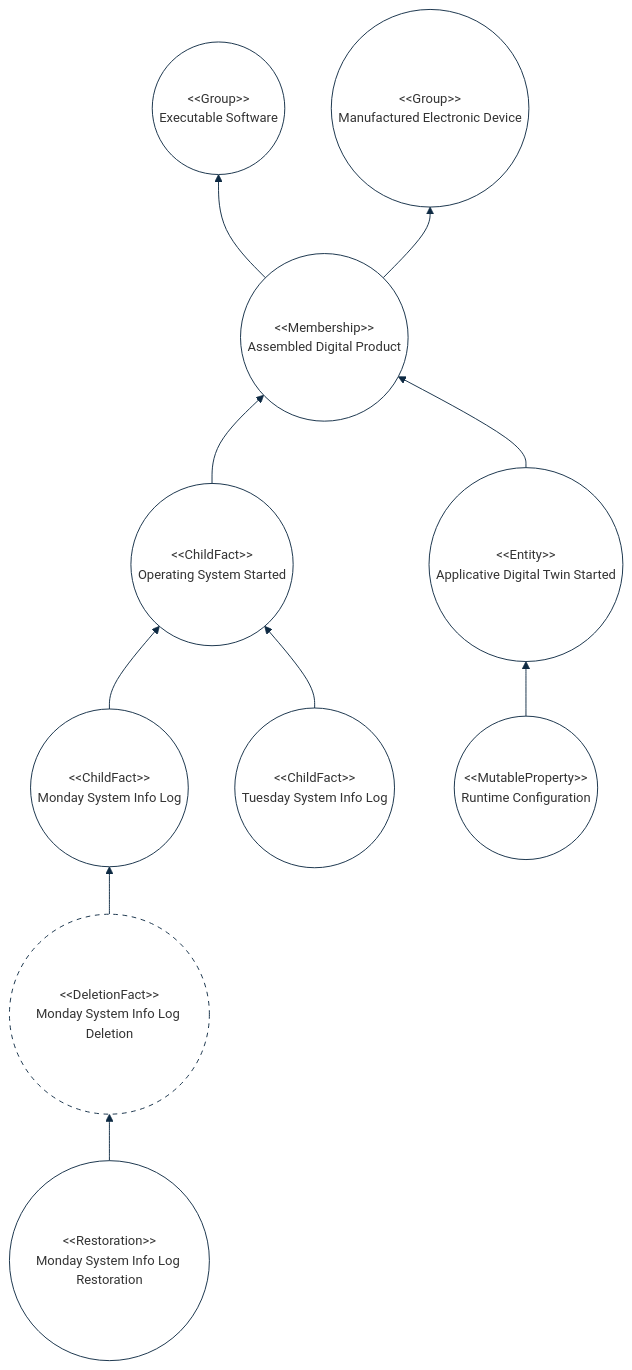
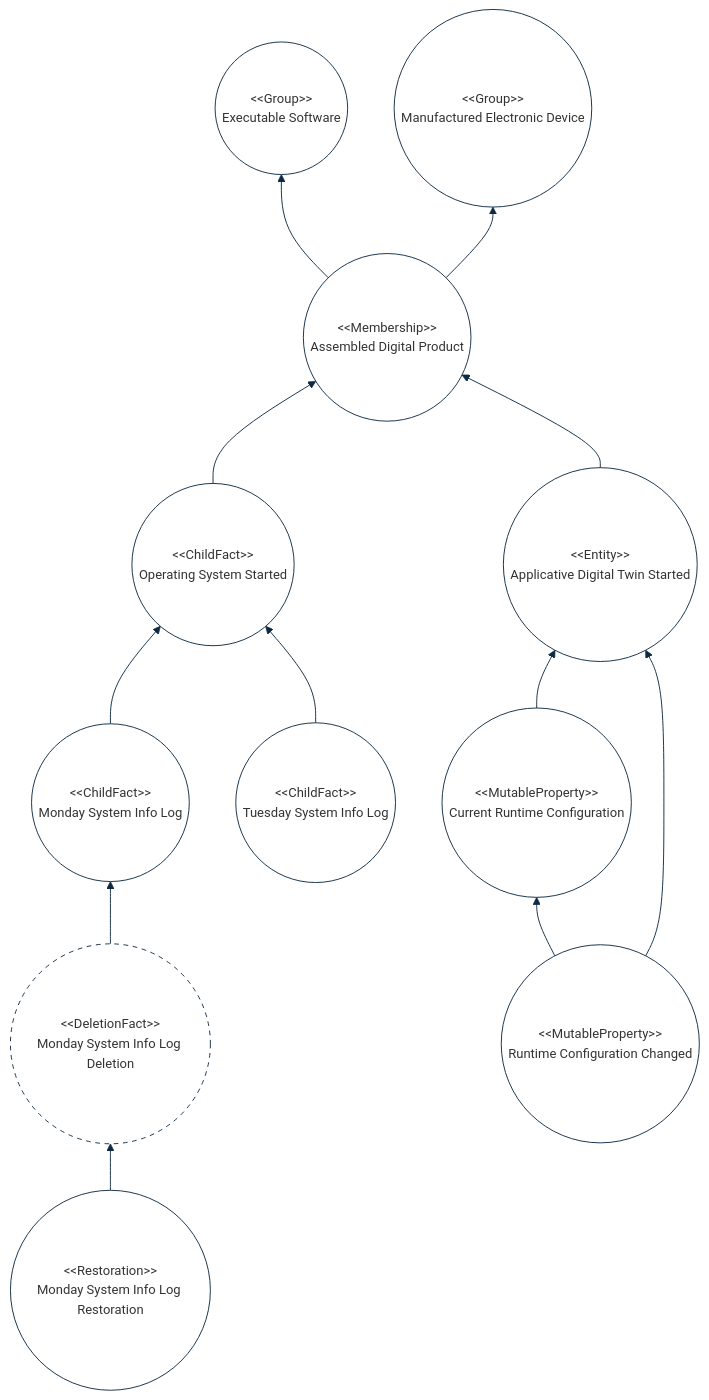
One commit to cybnity/foundation changed the second of 2 diagrams in implementations-line/framework/immutable/README.md. Above: the diagram before and after it, drawn with Mermaid.

````diff
--- a/implementations-line/framework/immutable/README.md
+++ b/implementations-line/framework/immutable/README.md
@@ -135,34 +135,35 @@
 ```mermaid
 %%{
   init: {
     'theme': 'base',
     'themeVariables': {
         'background': '#ffffff',
         'fontFamily': 'arial',
         'fontSize': '14px',
         'primaryColor': '#fff',
         'primaryBorderColor': '#0e2a43',
         'secondaryBorderColor': '#0e2a43',
         'tertiaryBorderColor': '#0e2a43',
         'edgeLabelBackground':'#0e2a43',
         'lineColor': '#0e2a43',
         'tertiaryColor': '#fff'
     }
   }
 }%%
 flowchart BT
     software(("#60;#60;Group#62;#62;<br/>Executable Software"))
     electronicdevice(("#60;#60;Group#62;#62;<br/>Manufactured Electronic Device"))
     system(("#60;#60;Membership#62;#62;<br/>Assembled Digital Product")) --> software
     system --> electronicdevice
     os(("#60;#60;ChildFact#62;#62;<br/>Operating System Started")) --> system
     application(("#60;#60;Entity#62;#62;<br/>Applicative Digital Twin Started")) --> system
     systemlog1(("#60;#60;ChildFact#62;#62;<br/>Monday System Info Log")) --> os
     systemlog2(("#60;#60;ChildFact#62;#62;<br/>Tuesday System Info Log")) --> os
     systemlog1deletion(("#60;#60;DeletionFact#62;#62;<br/>Monday System Info Log Deletion")) --> systemlog1
     style systemlog1deletion stroke-dasharray: 5 5
     systemlog1restoration(("#60;#60;Restoration#62;#62;<br/>Monday System Info Log Restoration")) --> systemlog1deletion
-    runtimeconfig(("#60;#60;MutableProperty#62;#62;<br/>Runtime Configuration")) --> application
-
+    runtimeconfig(("#60;#60;MutableProperty#62;#62;<br/>Current Runtime Configuration")) --> application
+    runtimeconfig2(("#60;#60;MutableProperty#62;#62;<br/>Runtime Configuration Changed")) --> application
+    runtimeconfig2 --> runtimeconfig
 
 ```
````
